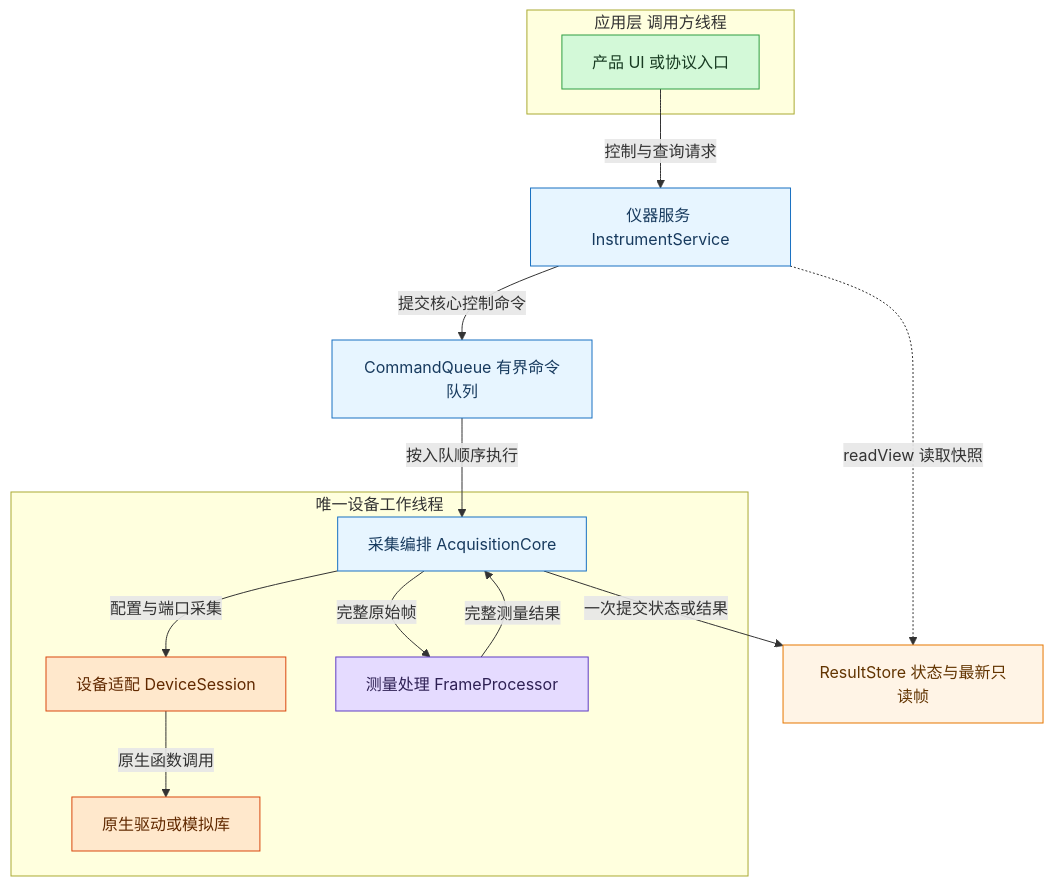
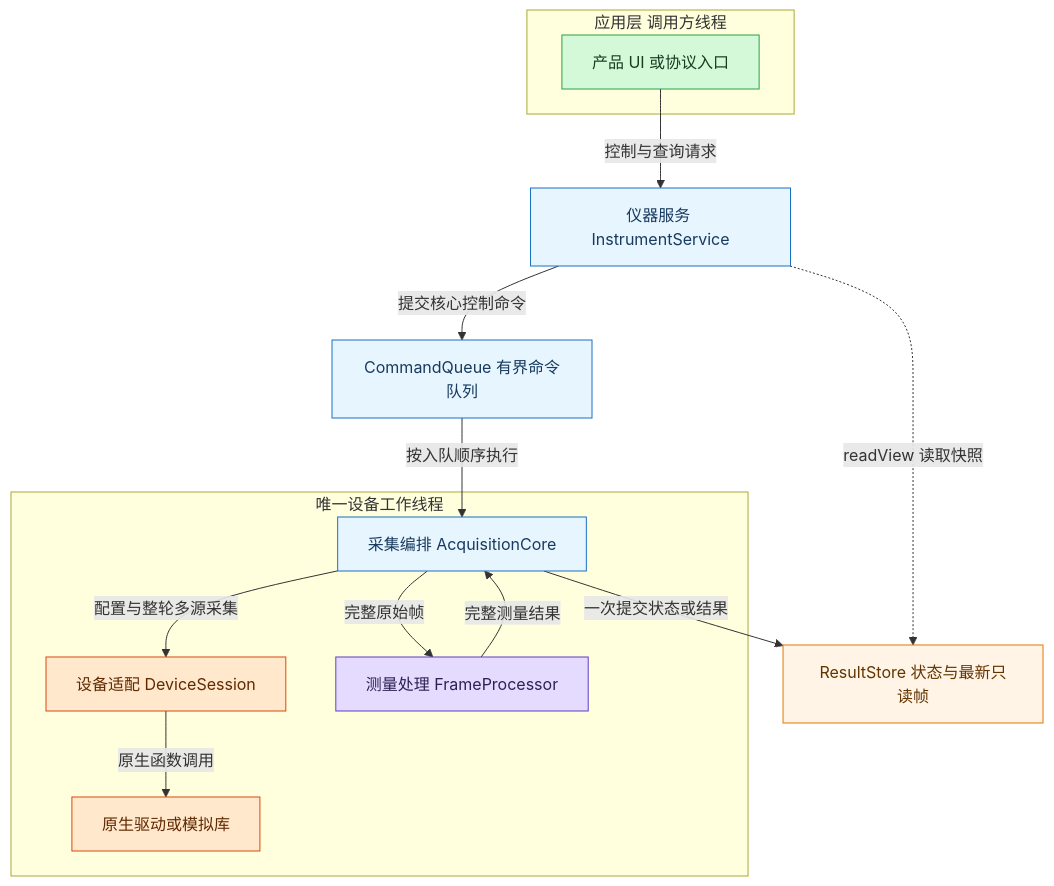
Before and after one commit to aniping/VnaPro: the first of 6 diagrams in docs/网分核心采数更新软件设计.md, drawn with Mermaid. The commit also changed other lines of this file and 5 other files, not shown here.

````diff
--- a/docs/网分核心采数更新软件设计.md
+++ b/docs/网分核心采数更新软件设计.md
@@ -38,34 +40,34 @@
 ```mermaid
 flowchart TB
     subgraph application["应用层 调用方线程"]
         app["产品 UI 或协议入口"]
     end
     service["仪器服务 InstrumentService"]
     queue["CommandQueue 有界命令队列"]
     subgraph worker["唯一设备工作线程"]
         core["采集编排 AcquisitionCore"]
         device["设备适配 DeviceSession"]
         processor["测量处理 FrameProcessor"]
         native["原生驱动或模拟库"]
-        core -->|配置与端口采集| device
+        core -->|配置与整轮多源采集| device
         device -->|原生函数调用| native
         core -->|完整原始帧| processor
         processor -->|完整测量结果| core
     end
     store["ResultStore 状态与最新只读帧"]
     app -->|控制与查询请求| service
     service -->|提交核心控制命令| queue
     queue -->|按入队顺序执行| core
     core -->|一次提交状态或结果| store
     service -.->|readView 读取快照| store
     classDef input fill:#d3f9d8,stroke:#2f9e44,color:#183b22;
     classDef control fill:#e7f5ff,stroke:#1971c2,color:#173a5e;
     classDef action fill:#ffe8cc,stroke:#d9480f,color:#612900;
     classDef process fill:#e5dbff,stroke:#5f3dc4,color:#2e2054;
     classDef shared fill:#fff4e6,stroke:#e67700,color:#623400;
     class app input;
     class core,queue,service control;
     class device,native action;
     class processor process;
     class store shared;
 ```
````
